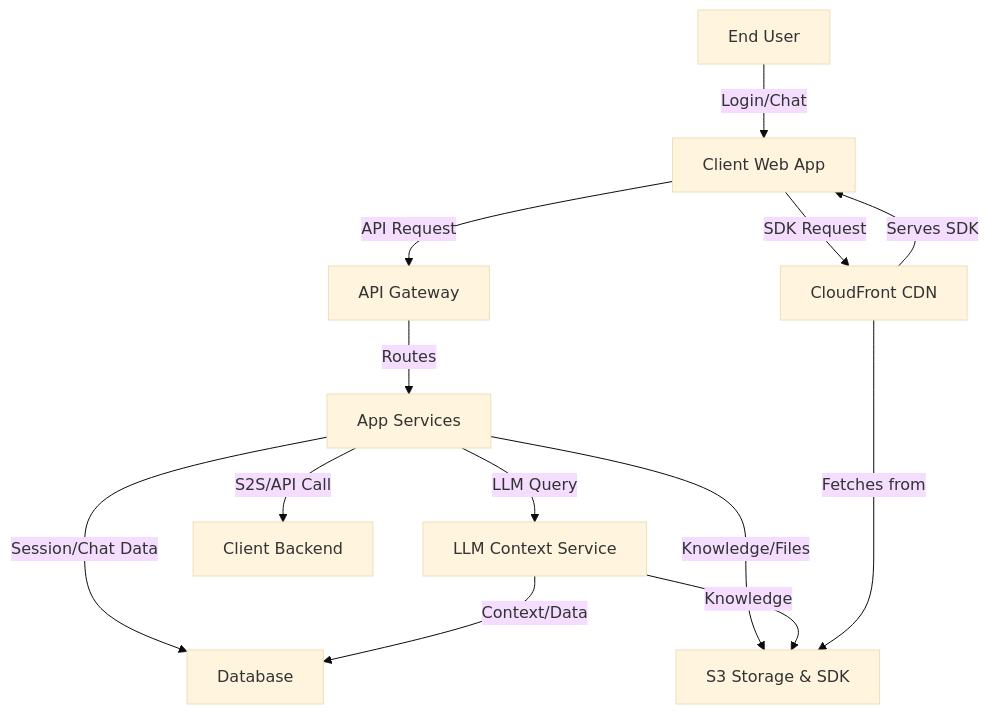
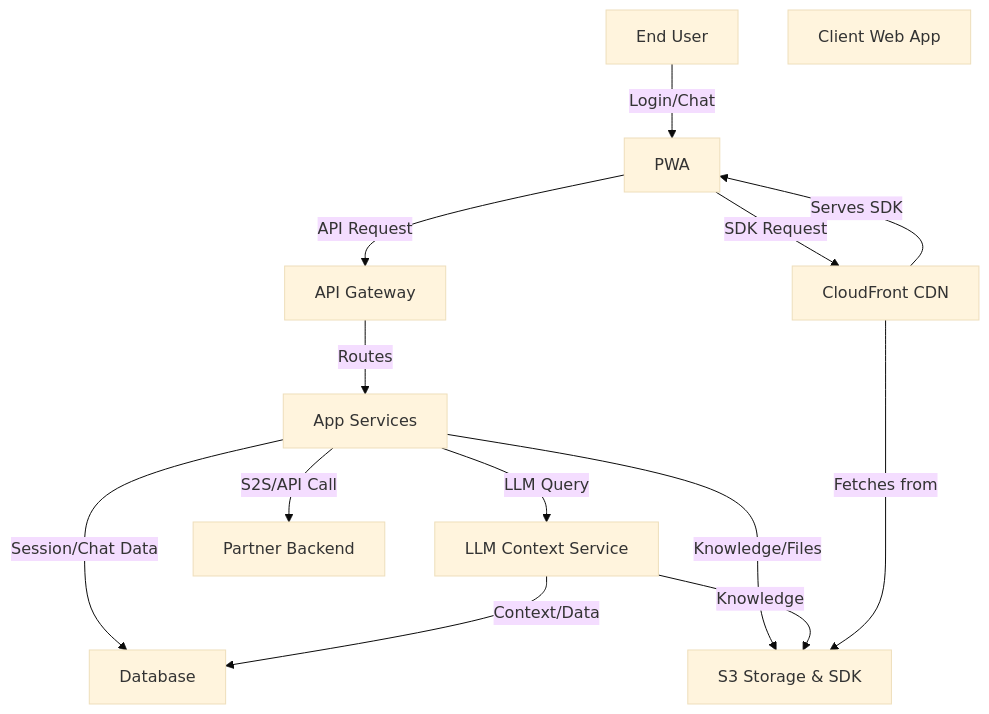
One commit to studiogangster/task-threat-model-realtime-livechat changed the third of 3 diagrams in threat-model/architecture.md. Above: the diagram before and after it, drawn with Mermaid (base theme). The commit also changed other lines of this file and 4 other files, not shown here.

````diff
--- a/threat-model/architecture.md
+++ b/threat-model/architecture.md
@@ -113,25 +113,25 @@
 ```mermaid
 flowchart TD
   EU["End User"]
   CWA["Client Web App"]
   AGW["API Gateway"]
   ECS["App Services"]
   LLM["LLM Context Service"]
   RDS["Database"]
   S3["S3 Storage & SDK"]
   CF["CloudFront CDN"]
-  CB["Client Backend"]
+  PB["Partner Backend"]
 
-  EU -- "Login/Chat" --> CWA
-  CWA -- "API Request" --> AGW
+  EU -- "Login/Chat" --> PWA
+  PWA -- "API Request" --> AGW
   AGW -- "Routes" --> ECS
   ECS -- "Session/Chat Data" --> RDS
   ECS -- "Knowledge/Files" --> S3
   ECS -- "LLM Query" --> LLM
   LLM -- "Context/Data" --> RDS
   LLM -- "Knowledge" --> S3
-  ECS -- "S2S/API Call" --> CB
-  CWA -- "SDK Request" --> CF
-  CF -- "Serves SDK" --> CWA
+  ECS -- "S2S/API Call" --> PB
+  PWA -- "SDK Request" --> CF
+  CF -- "Serves SDK" --> PWA
   CF -- "Fetches from" --> S3
 ```
````
